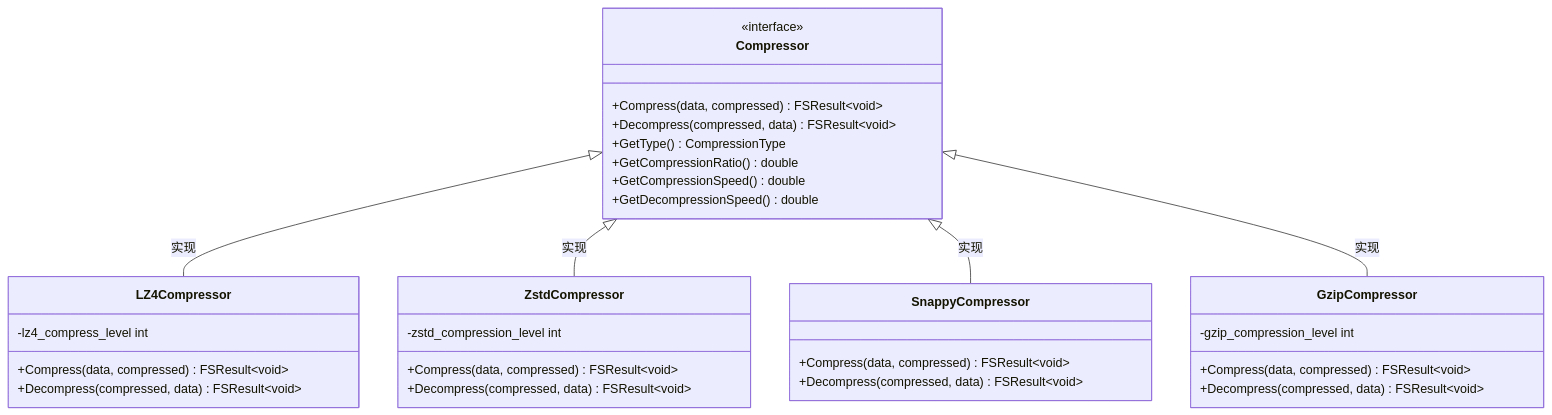
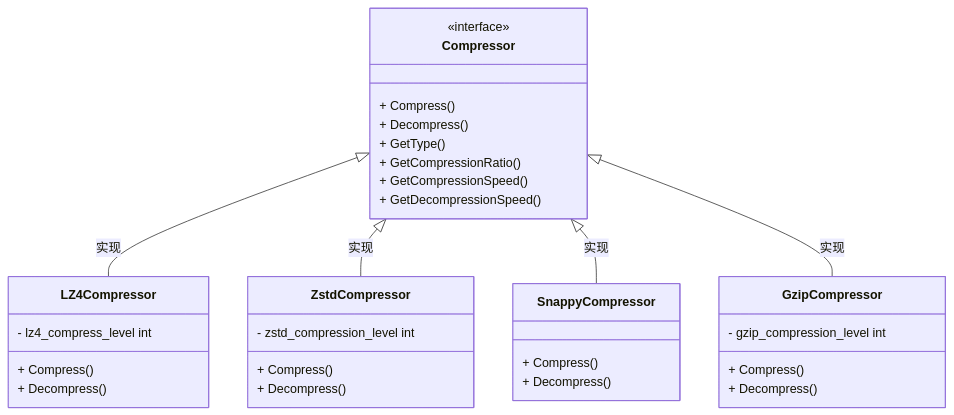
Before and after one commit to zhouzhilong-commits/zhouzhilong-commits.github.io: the tenth of 10 diagrams in _posts/2025-07-28-indexlib-10-filesystem-storage.md, drawn with Mermaid. The commit also changed other lines of this file and 228 other files, not shown here.

````diff
--- a/_posts/2025-07-28-indexlib-10-filesystem-storage.md
+++ b/_posts/2025-07-28-indexlib-10-filesystem-storage.md
@@ -1287,40 +1287,40 @@
 ```mermaid
 classDiagram
     class Compressor {
         <<interface>>
-        +Compress(data, compressed) FSResult~void~
-        +Decompress(compressed, data) FSResult~void~
-        +GetType() CompressionType
-        +GetCompressionRatio() double
-        +GetCompressionSpeed() double
-        +GetDecompressionSpeed() double
+        + Compress()
+        + Decompress()
+        + GetType()
+        + GetCompressionRatio()
+        + GetCompressionSpeed()
+        + GetDecompressionSpeed()
     }
     
     class LZ4Compressor {
-        +Compress(data, compressed) FSResult~void~
-        +Decompress(compressed, data) FSResult~void~
-        -lz4_compress_level int
+        + Compress()
+        + Decompress()
+        - lz4_compress_level int
     }
     
     class ZstdCompressor {
-        +Compress(data, compressed) FSResult~void~
-        +Decompress(compressed, data) FSResult~void~
-        -zstd_compression_level int
+        + Compress()
+        + Decompress()
+        - zstd_compression_level int
     }
     
     class SnappyCompressor {
-        +Compress(data, compressed) FSResult~void~
-        +Decompress(compressed, data) FSResult~void~
+        + Compress()
+        + Decompress()
     }
     
     class GzipCompressor {
-        +Compress(data, compressed) FSResult~void~
-        +Decompress(compressed, data) FSResult~void~
-        -gzip_compression_level int
+        + Compress()
+        + Decompress()
+        - gzip_compression_level int
     }
     
     Compressor <|-- LZ4Compressor : 实现
     Compressor <|-- ZstdCompressor : 实现
     Compressor <|-- SnappyCompressor : 实现
     Compressor <|-- GzipCompressor : 实现
 ```
````
